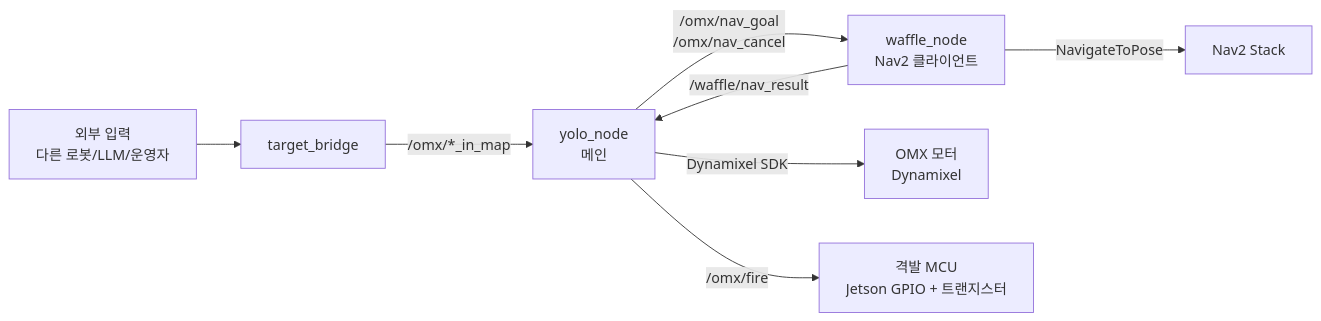
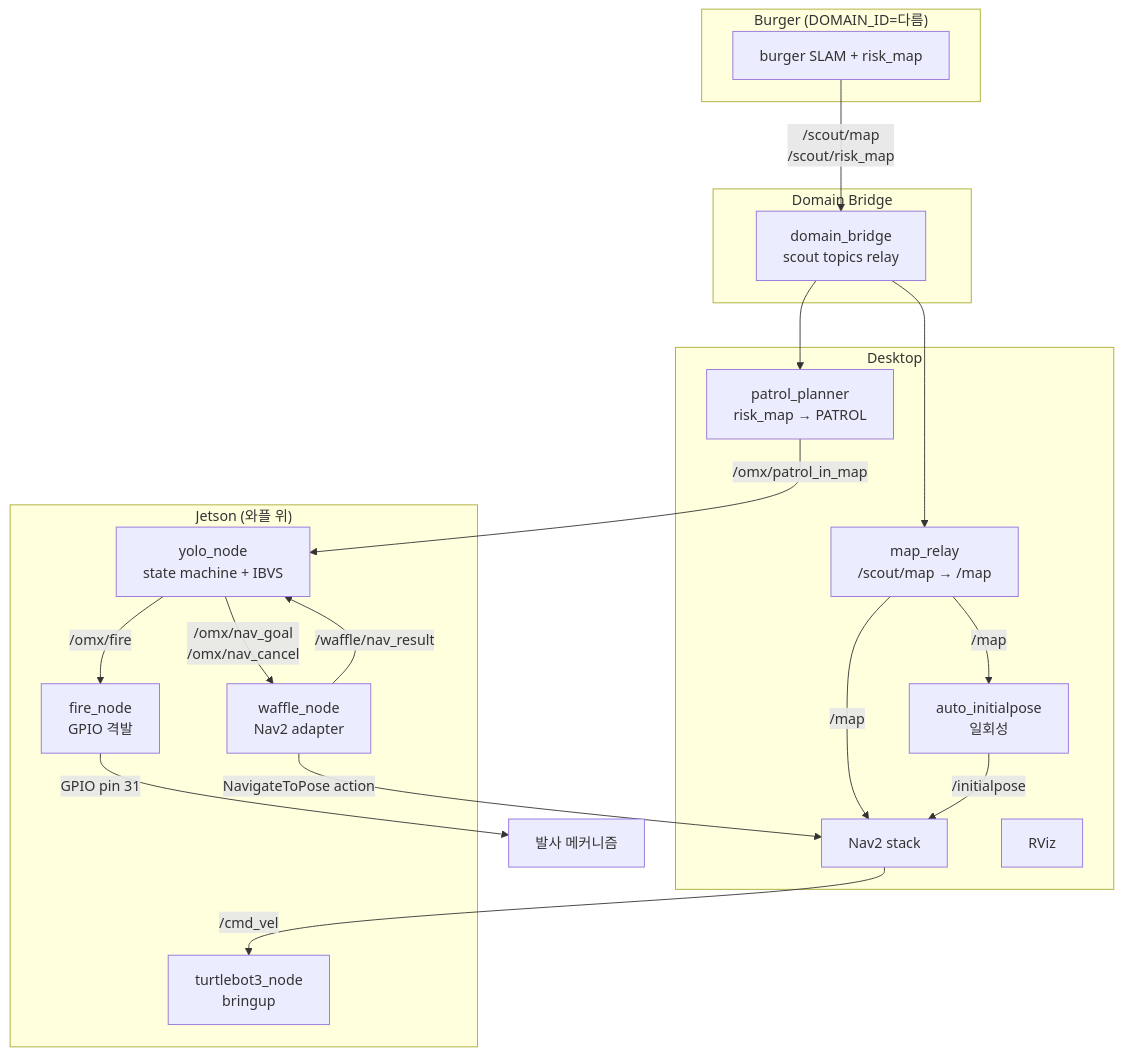
Before and after one commit to dladyddn133-creator/omx_aim: the first of 2 diagrams in INTERFACE.md, drawn with Mermaid. The commit also changed other lines of this file and 1 other file, not shown here.

````diff
--- a/INTERFACE.md
+++ b/INTERFACE.md
@@ -17,18 +18,39 @@
 ```mermaid
-graph LR
-    Ext[외부 입력<br>다른 로봇/LLM/운영자]
-    Bridge[target_bridge]
-    Yolo[yolo_node<br>메인]
-    Waffle[waffle_node<br>Nav2 클라이언트]
-    Nav2[Nav2 Stack]
-    OMX[OMX 모터<br>Dynamixel]
-    MCU[격발 MCU<br>Jetson GPIO + 트랜지스터]
+graph TB
+    subgraph "Burger (DOMAIN_ID=다름)"
+        Burger[burger SLAM + risk_map]
+    end
     
-    Ext --> Bridge
-    Bridge -->|/omx/*_in_map| Yolo
-    Yolo -->|/omx/nav_goal<br>/omx/nav_cancel| Waffle
-    Waffle -->|/waffle/nav_result| Yolo
-    Waffle -->|NavigateToPose| Nav2
-    Yolo -->|Dynamixel SDK| OMX
-    Yolo -->|/omx/fire| MCU
+    subgraph "Domain Bridge"
+        Bridge[domain_bridge<br>scout topics relay]
+    end
+    
+    subgraph "Desktop"
+        MapRelay[map_relay<br>/scout/map → /map]
+        PatrolPlanner[patrol_planner<br>risk_map → PATROL]
+        AutoInit[auto_initialpose<br>일회성]
+        Nav2[Nav2 stack]
+        RViz[RViz]
+    end
+    
+    subgraph "Jetson (와플 위)"
+        YoloNode[yolo_node<br>state machine + IBVS]
+        WaffleNode[waffle_node<br>Nav2 adapter]
+        FireNode[fire_node<br>GPIO 격발]
+        TB3[turtlebot3_node<br>bringup]
+    end
+    
+    Burger -->|/scout/map<br>/scout/risk_map| Bridge
+    Bridge --> MapRelay
+    Bridge --> PatrolPlanner
+    MapRelay -->|/map| Nav2
+    MapRelay -->|/map| AutoInit
+    AutoInit -->|/initialpose| Nav2
+    PatrolPlanner -->|/omx/patrol_in_map| YoloNode
+    YoloNode -->|/omx/nav_goal<br>/omx/nav_cancel| WaffleNode
+    WaffleNode -->|/waffle/nav_result| YoloNode
+    WaffleNode -->|NavigateToPose action| Nav2
+    Nav2 -->|/cmd_vel| TB3
+    YoloNode -->|/omx/fire| FireNode
+    FireNode -->|GPIO pin 31| HW[발사 메커니즘]
 ```
````
